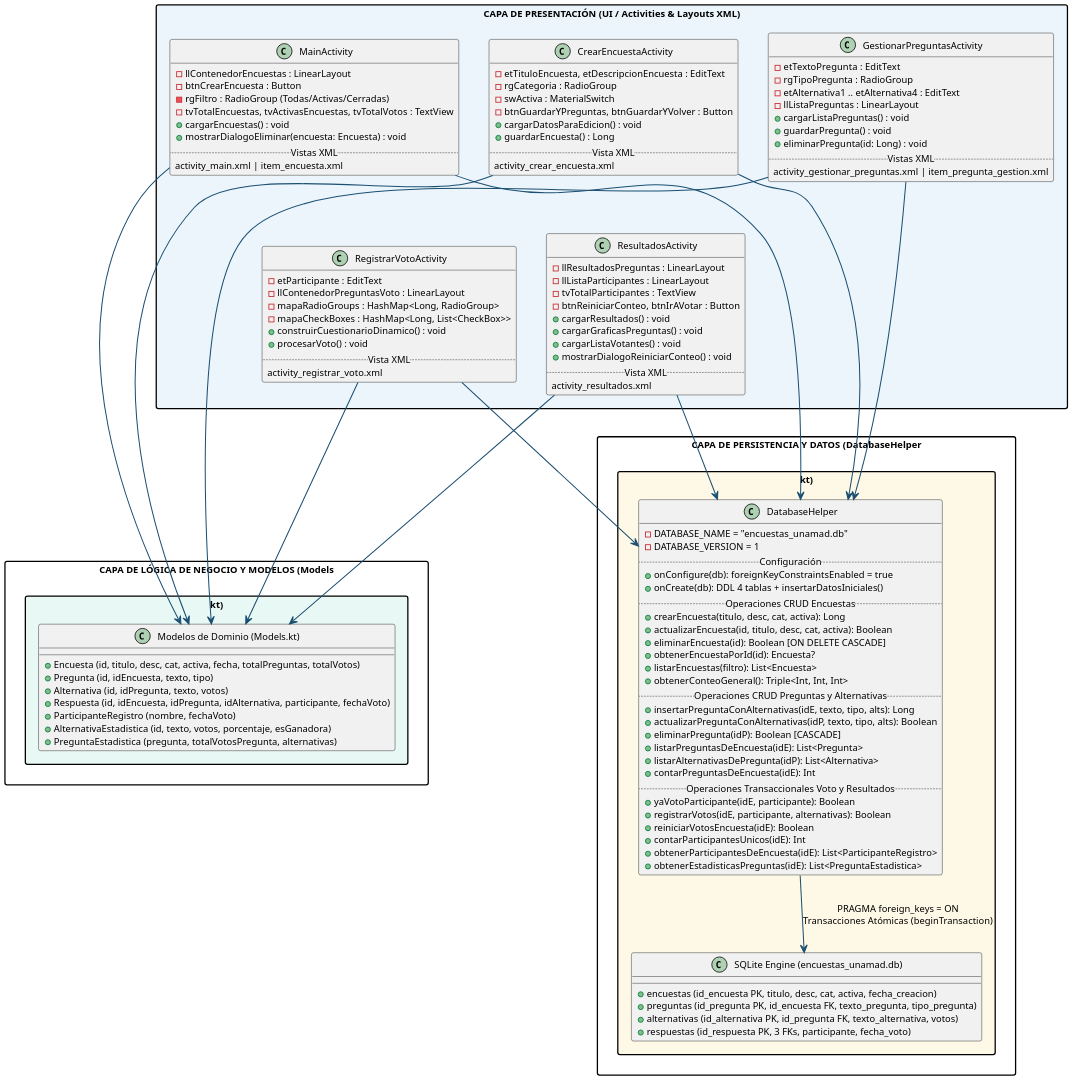
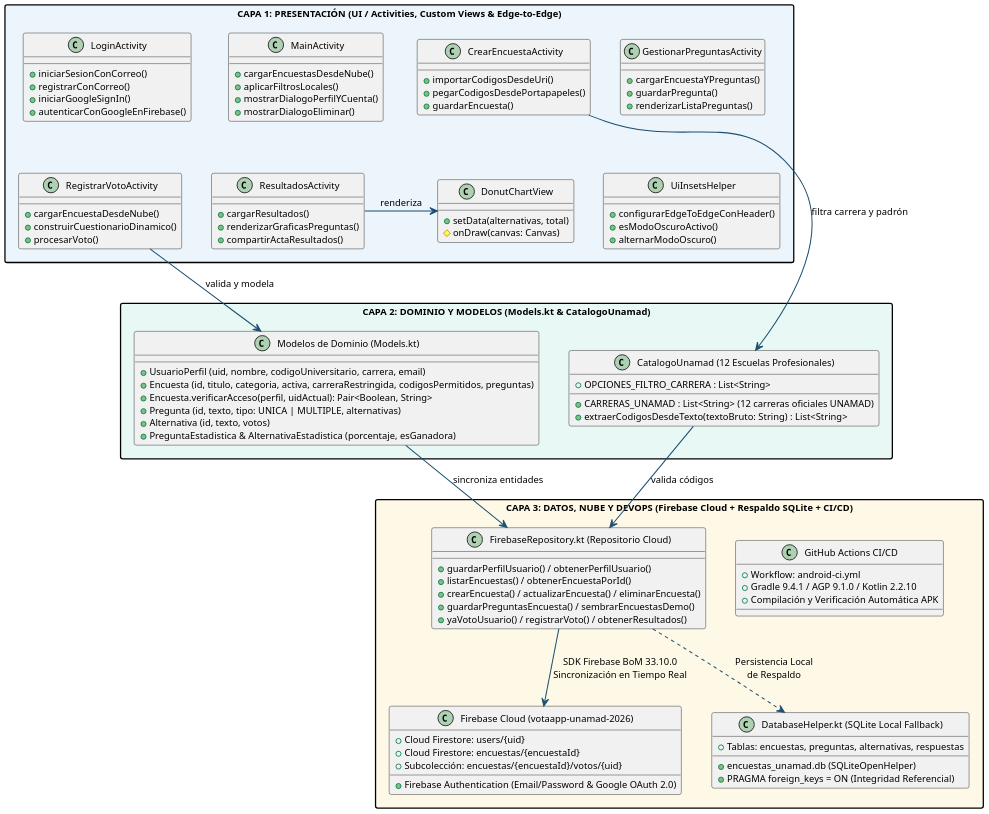
The diagram in Documentacion/diagramas/fig2_arquitectura.puml (Maickel69/VotaApp-UNAMAD), drawn with PlantUML before and after one commit. The commit also changed 30 other files, not shown here.

Commit message:
Update full documentation (DOCX, PDF, PPTX, UML diagrams), add custom vector crest logo, and apply UI/UX Design Critic upgrades

```diff
--- a/Documentacion/diagramas/fig2_arquitectura.puml
+++ b/Documentacion/diagramas/fig2_arquitectura.puml
@@ -1,140 +1,118 @@
 @startuml fig2_arquitectura
+set separator none
+top to bottom direction
 skinparam dpi 160
 skinparam backgroundColor #FFFFFF
 skinparam defaultFontName Arial
 skinparam defaultFontSize 11
 skinparam shadowing false
 skinparam packageStyle rectangle
 
 skinparam ArrowColor #1B4F72
 skinparam ArrowThickness 1.2
 
-package "CAPA DE PRESENTACIÓN (UI / Activities & Layouts XML)" #EBF5FB {
+package "CAPA 1: PRESENTACIÓN (UI / Activities, Custom Views & Edge-to-Edge)" as LayerUI #EBF5FB {
+    class LoginActivity {
+        + iniciarSesionConCorreo()
+        + registrarConCorreo()
+        + iniciarGoogleSignIn()
+        + autenticarConGoogleEnFirebase()
+    }
     class MainActivity {
-        - llContenedorEncuestas : LinearLayout
-        - btnCrearEncuesta : Button
-        - rgFiltro : RadioGroup (Todas/Activas/Cerradas)
-        - tvTotalEncuestas, tvActivasEncuestas, tvTotalVotos : TextView
-        + cargarEncuestas() : void
-        + mostrarDialogoEliminar(encuesta: Encuesta) : void
-        .. Vistas XML ..
-        activity_main.xml | item_encuesta.xml
+        + cargarEncuestasDesdeNube()
+        + aplicarFiltrosLocales()
+        + mostrarDialogoPerfilYCuenta()
+        + mostrarDialogoEliminar()
     }
-    
     class CrearEncuestaActivity {
-        - etTituloEncuesta, etDescripcionEncuesta : EditText
-        - rgCategoria : RadioGroup
-        - swActiva : MaterialSwitch
-        - btnGuardarYPreguntas, btnGuardarYVolver : Button
-        + cargarDatosParaEdicion() : void
-        + guardarEncuesta() : Long
-        .. Vista XML ..
-        activity_crear_encuesta.xml
+        + importarCodigosDesdeUri()
+        + pegarCodigosDesdePortapapeles()
+        + guardarEncuesta()
     }
-    
     class GestionarPreguntasActivity {
-        - etTextoPregunta : EditText
-        - rgTipoPregunta : RadioGroup
-        - etAlternativa1 .. etAlternativa4 : EditText
-        - llListaPreguntas : LinearLayout
-        + cargarListaPreguntas() : void
-        + guardarPregunta() : void
-        + eliminarPregunta(id: Long) : void
-        .. Vistas XML ..
-        activity_gestionar_preguntas.xml | item_pregunta_gestion.xml
+        + cargarEncuestaYPreguntas()
+        + guardarPregunta()
+        + renderizarListaPreguntas()
     }
-    
     class RegistrarVotoActivity {
-        - etParticipante : EditText
-        - llContenedorPreguntasVoto : LinearLayout
-        - mapaRadioGroups : HashMap<Long, RadioGroup>
-        - mapaCheckBoxes : HashMap<Long, List<CheckBox>>
-        + construirCuestionarioDinamico() : void
-        + procesarVoto() : void
-        .. Vista XML ..
-        activity_registrar_voto.xml
+        + cargarEncuestaDesdeNube()
+        + construirCuestionarioDinamico()
+        + procesarVoto()
     }
-    
     class ResultadosActivity {
-        - llResultadosPreguntas : LinearLayout
-        - llListaParticipantes : LinearLayout
-        - tvTotalParticipantes : TextView
-        - btnReiniciarConteo, btnIrAVotar : Button
-        + cargarResultados() : void
-        + cargarGraficasPreguntas() : void
-        + cargarListaVotantes() : void
-        + mostrarDialogoReiniciarConteo() : void
-        .. Vista XML ..
-        activity_resultados.xml
+        + cargarResultados()
+        + renderizarGraficasPreguntas()
+        + compartirActaResultados()
     }
-    
+    class DonutChartView {
+        + setData(alternativas, total)
+        # onDraw(canvas: Canvas)
+    }
+    class UiInsetsHelper {
+        + configurarEdgeToEdgeConHeader()
+        + esModoOscuroActivo()
+        + alternarModoOscuro()
+    }
+
+    LoginActivity -[hidden]right-> MainActivity
     MainActivity -[hidden]right-> CrearEncuestaActivity
     CrearEncuestaActivity -[hidden]right-> GestionarPreguntasActivity
-    MainActivity -[hidden]down-> RegistrarVotoActivity
+
+    LoginActivity -[hidden]down-> RegistrarVotoActivity
     RegistrarVotoActivity -[hidden]right-> ResultadosActivity
+    ResultadosActivity -[hidden]right-> DonutChartView
+    DonutChartView -[hidden]right-> UiInsetsHelper
 }
 
-package "CAPA DE LÓGICA DE NEGOCIO Y MODELOS (Models.kt)" #E8F8F5 {
-    class "Modelos de Dominio (Models.kt)" as Models {
-        + Encuesta (id, titulo, desc, cat, activa, fecha, totalPreguntas, totalVotos)
-        + Pregunta (id, idEncuesta, texto, tipo)
-        + Alternativa (id, idPregunta, texto, votos)
-        + Respuesta (id, idEncuesta, idPregunta, idAlternativa, participante, fechaVoto)
-        + ParticipanteRegistro (nombre, fechaVoto)
-        + AlternativaEstadistica (id, texto, votos, porcentaje, esGanadora)
-        + PreguntaEstadistica (pregunta, totalVotosPregunta, alternativas)
+package "CAPA 2: DOMINIO Y MODELOS (Models.kt & CatalogoUnamad)" as LayerDomain #E8F8F5 {
+    class "Modelos de Dominio (Models.kt)" as DomainModels {
+        + UsuarioPerfil (uid, nombre, codigoUniversitario, carrera, email)
+        + Encuesta (id, titulo, categoria, activa, carreraRestringida, codigosPermitidos, preguntas)
+        + Encuesta.verificarAcceso(perfil, uidActual): Pair<Boolean, String>
+        + Pregunta (id, texto, tipo: UNICA | MULTIPLE, alternativas)
+        + Alternativa (id, texto, votos)
+        + PreguntaEstadistica & AlternativaEstadistica (porcentaje, esGanadora)
     }
+    class "CatalogoUnamad (12 Escuelas Profesionales)" as Catalogo {
+        + CARRERAS_UNAMAD : List<String> (12 carreras oficiales UNAMAD)
+        + OPCIONES_FILTRO_CARRERA : List<String>
+        + extraerCodigosDesdeTexto(textoBruto: String) : List<String>
+    }
+    DomainModels -[hidden]right-> Catalogo
 }
 
-package "CAPA DE PERSISTENCIA Y DATOS (DatabaseHelper.kt)" #FEF9E7 {
-    class DatabaseHelper {
-        - DATABASE_NAME = "encuestas_unamad.db"
-        - DATABASE_VERSION = 1
-        .. Configuración ..
-        + onConfigure(db): foreignKeyConstraintsEnabled = true
-        + onCreate(db): DDL 4 tablas + insertarDatosIniciales()
-        .. Operaciones CRUD Encuestas ..
-        + crearEncuesta(titulo, desc, cat, activa): Long
-        + actualizarEncuesta(id, titulo, desc, cat, activa): Boolean
-        + eliminarEncuesta(id): Boolean [ON DELETE CASCADE]
-        + obtenerEncuestaPorId(id): Encuesta?
-        + listarEncuestas(filtro): List<Encuesta>
-        + obtenerConteoGeneral(): Triple<Int, Int, Int>
-        .. Operaciones CRUD Preguntas y Alternativas ..
-        + insertarPreguntaConAlternativas(idE, texto, tipo, alts): Long
-        + actualizarPreguntaConAlternativas(idP, texto, tipo, alts): Boolean
-        + eliminarPregunta(idP): Boolean [CASCADE]
-        + listarPreguntasDeEncuesta(idE): List<Pregunta>
-        + listarAlternativasDePregunta(idP): List<Alternativa>
-        + contarPreguntasDeEncuesta(idE): Int
-        .. Operaciones Transaccionales Voto y Resultados ..
-        + yaVotoParticipante(idE, participante): Boolean
-        + registrarVotos(idE, participante, alternativas): Boolean
-        + reiniciarVotosEncuesta(idE): Boolean
-        + contarParticipantesUnicos(idE): Int
-        + obtenerParticipantesDeEncuesta(idE): List<ParticipanteRegistro>
-        + obtenerEstadisticasPreguntas(idE): List<PreguntaEstadistica>
+package "CAPA 3: DATOS, NUBE Y DEVOPS (Firebase Cloud + Respaldo SQLite + CI/CD)" as LayerData #FEF9E7 {
+    class "FirebaseRepository.kt (Repositorio Cloud)" as Repo {
+        + guardarPerfilUsuario() / obtenerPerfilUsuario()
+        + listarEncuestas() / obtenerEncuestaPorId()
+        + crearEncuesta() / actualizarEncuesta() / eliminarEncuesta()
+        + guardarPreguntasEncuesta() / sembrarEncuestasDemo()
+        + yaVotoUsuario() / registrarVoto() / obtenerResultados()
     }
-    
-    class "SQLite Engine (encuestas_unamad.db)" as SQLiteEngine {
-        + encuestas (id_encuesta PK, titulo, desc, cat, activa, fecha_creacion)
-        + preguntas (id_pregunta PK, id_encuesta FK, texto_pregunta, tipo_pregunta)
-        + alternativas (id_alternativa PK, id_pregunta FK, texto_alternativa, votos)
-        + respuestas (id_respuesta PK, 3 FKs, participante, fecha_voto)
+    class "Firebase Cloud (votaapp-unamad-2026)" as FirebaseCloud {
+        + Firebase Authentication (Email/Password & Google OAuth 2.0)
+        + Cloud Firestore: users/{uid}
+        + Cloud Firestore: encuestas/{encuestaId}
+        + Subcolección: encuestas/{encuestaId}/votos/{uid}
     }
+    class "DatabaseHelper.kt (SQLite Local Fallback)" as LocalDB {
+        + encuestas_unamad.db (SQLiteOpenHelper)
+        + Tablas: encuestas, preguntas, alternativas, respuestas
+        + PRAGMA foreign_keys = ON (Integridad Referencial)
+    }
+    class "GitHub Actions CI/CD" as CICD {
+        + Workflow: android-ci.yml
+        + Gradle 9.4.1 / AGP 9.1.0 / Kotlin 2.2.10
+        + Compilación y Verificación Automática APK
+    }
+    Repo --> FirebaseCloud : "SDK Firebase BoM 33.10.0\nSincronización en Tiempo Real"
+    Repo ..> LocalDB : "Persistencia Local\nde Respaldo"
+    Repo -[hidden]right-> CICD
 }
 
-MainActivity --> Models
-CrearEncuestaActivity --> Models
-GestionarPreguntasActivity --> Models
-RegistrarVotoActivity --> Models
-ResultadosActivity --> Models
-
-MainActivity --> DatabaseHelper
-CrearEncuestaActivity --> DatabaseHelper
-GestionarPreguntasActivity --> DatabaseHelper
-RegistrarVotoActivity --> DatabaseHelper
-ResultadosActivity --> DatabaseHelper
-
-DatabaseHelper --> SQLiteEngine : PRAGMA foreign_keys = ON\nTransacciones Atómicas (beginTransaction)
+ResultadosActivity --> DonutChartView : "renderiza"
+RegistrarVotoActivity --> DomainModels : "valida y modela"
+CrearEncuestaActivity --> Catalogo : "filtra carrera y padrón"
+DomainModels --> Repo : "sincroniza entidades"
+Catalogo --> Repo : "valida códigos"
 @enduml
```
